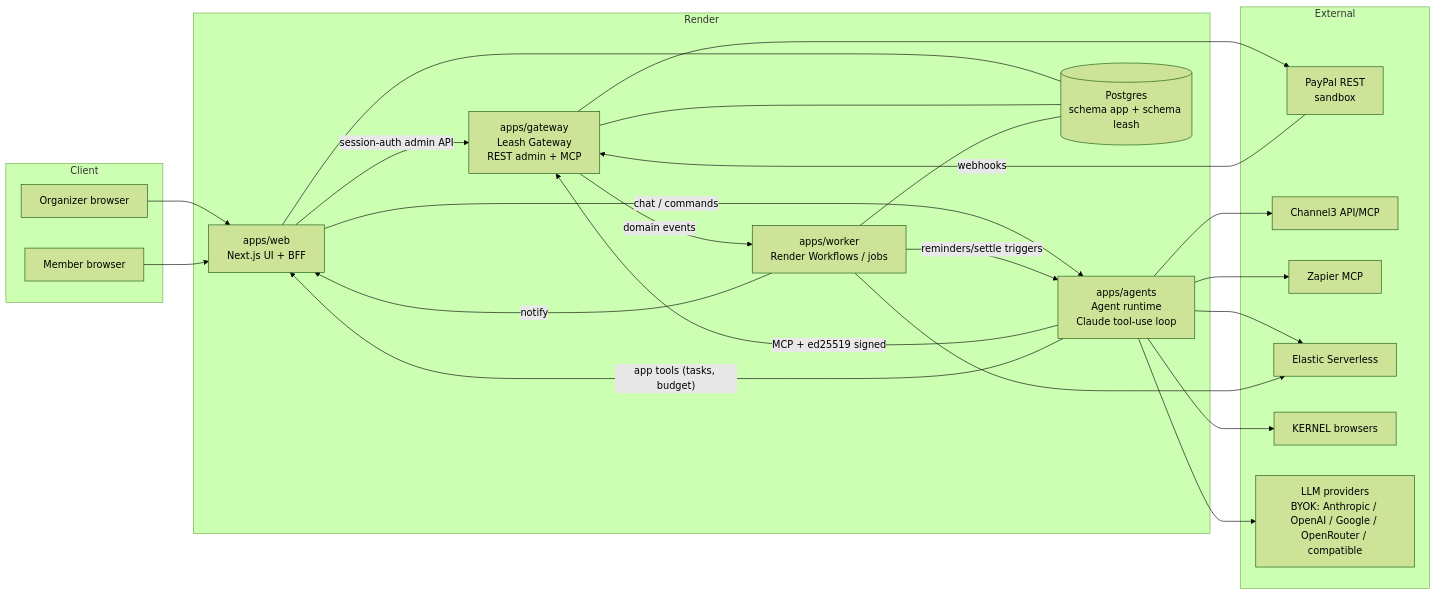
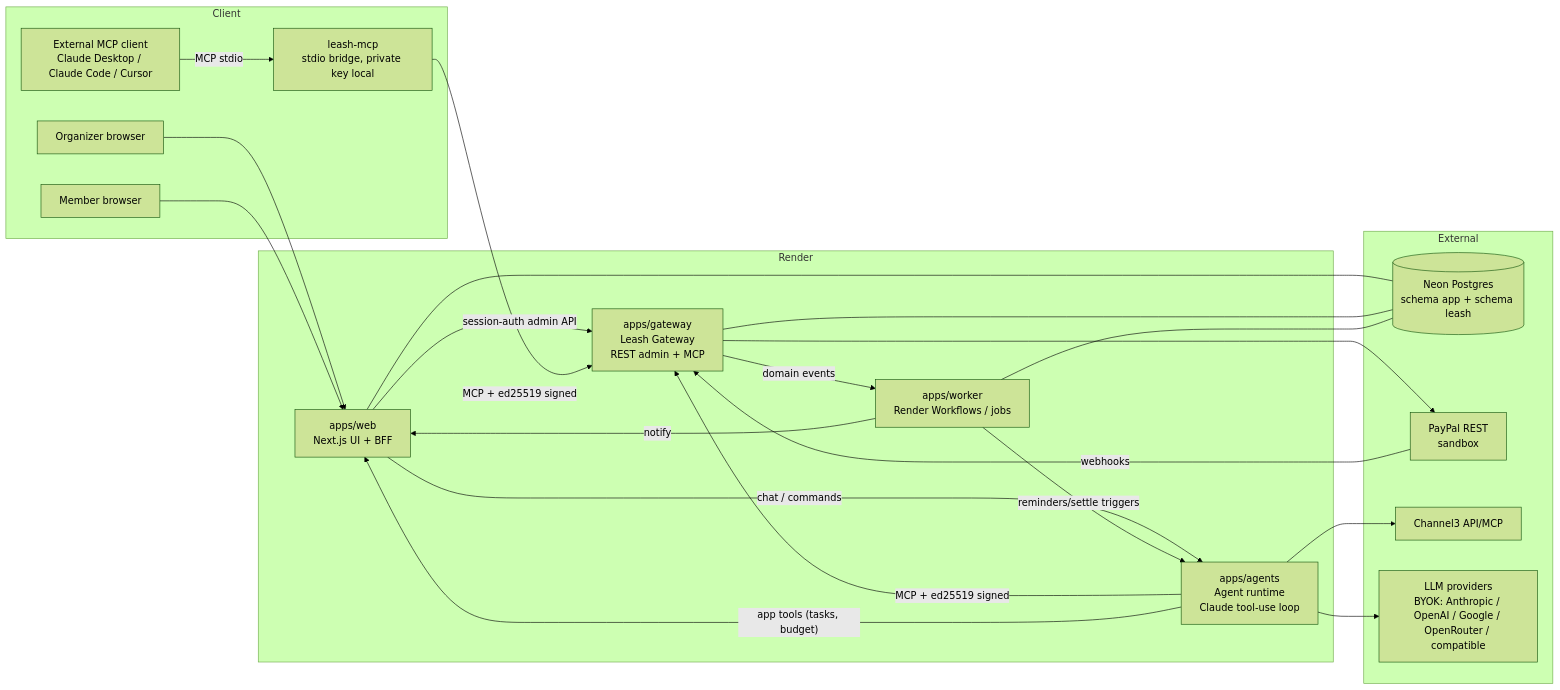
One commit to huanngdev/kitty changed the first of 5 diagrams in docs/06-architecture.md. Above: the diagram before and after it, drawn with Mermaid (forest theme). The commit also changed other lines of this file and 18 other files, not shown here.

First line of the commit message:
docs: align specs with the sponsor cut and leash-mcp

````diff
--- a/docs/06-architecture.md
+++ b/docs/06-architecture.md
@@ -14,45 +14,42 @@
 ```mermaid
 flowchart LR
   subgraph Client
     U[Organizer browser]
     M[Member browser]
+    X[External MCP client<br/>Claude Desktop / Claude Code / Cursor]
+    LM[leash-mcp<br/>stdio bridge, private key local]
   end
 
   subgraph Render
     W[apps/web<br/>Next.js UI + BFF]
     A[apps/agents<br/>Agent runtime<br/>Claude tool-use loop]
     G[apps/gateway<br/>Leash Gateway<br/>REST admin + MCP]
     K[apps/worker<br/>Render Workflows / jobs]
-    DB[(Postgres<br/>schema app + schema leash)]
   end
 
   subgraph External
+    DB[(Neon Postgres<br/>schema app + schema leash)]
     PP[PayPal REST<br/>sandbox]
     C3[Channel3 API/MCP]
-    ZP[Zapier MCP]
-    ES[Elastic Serverless]
-    KR[KERNEL browsers]
     LLM[LLM providers<br/>BYOK: Anthropic / OpenAI / Google / OpenRouter / compatible]
   end
 
   U --> W
   M --> W
   W -- session-auth admin API --> G
   W -- chat / commands --> A
   A -- MCP + ed25519 signed --> G
+  X -- MCP stdio --> LM
+  LM -- MCP + ed25519 signed --> G
   A --> LLM
   A --> C3
-  A --> ZP
-  A --> ES
-  A --> KR
   A -- app tools (tasks, budget) --> W
   G --> PP
   PP -- webhooks --> G
   G -- domain events --> K
   K -- notify --> W
-  K --> ES
   K -- reminders/settle triggers --> A
   W --- DB
   G --- DB
   K --- DB
 ```
````
